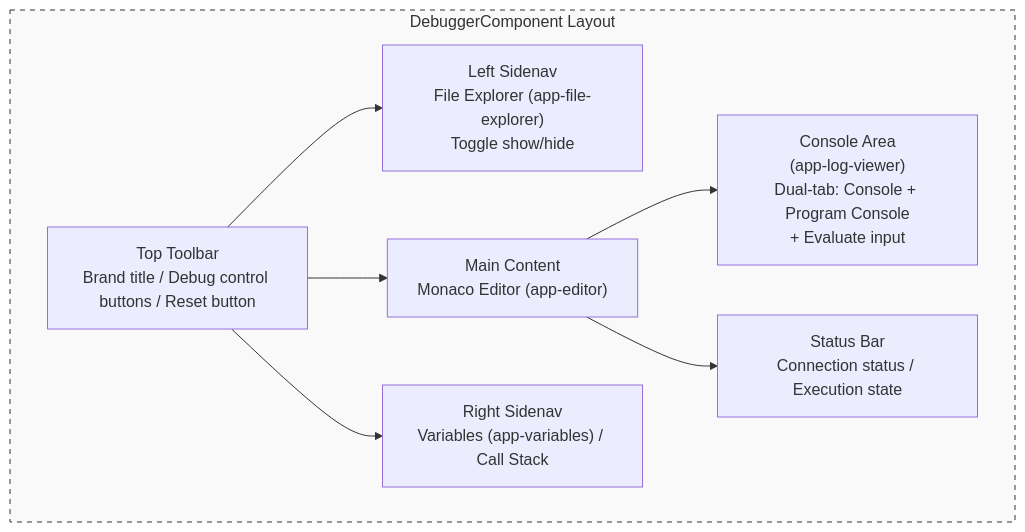
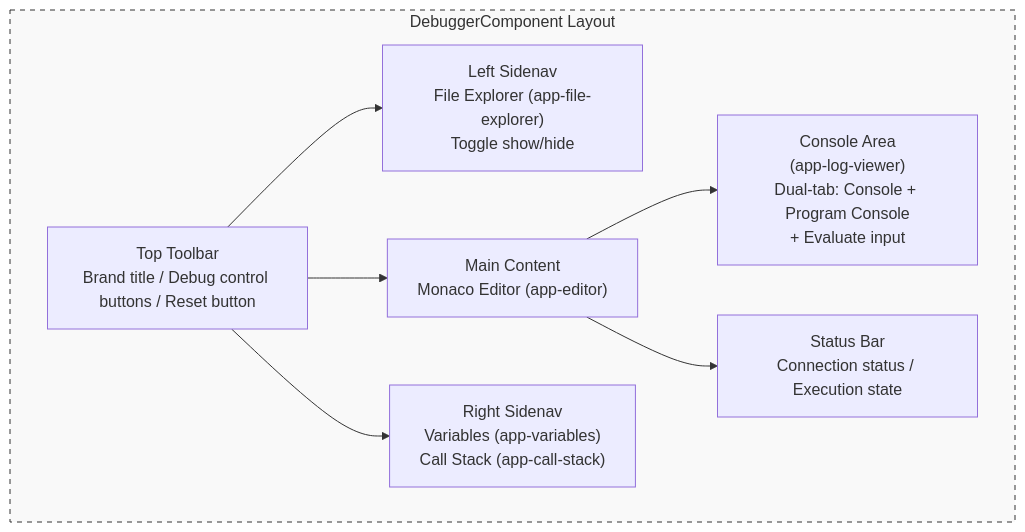
Before and after one commit to tangpo387-arch/taro-debugger: the diagram in docs/architecture/ui-layer.md, drawn with Mermaid. The commit also changed 8 other files, not shown here.

Commit message:
refactor: extract call stack UI into a dedicated CallStackComponent and add DapStackFrame type definition

````diff
--- a/docs/architecture/ui-layer.md
+++ b/docs/architecture/ui-layer.md
@@ -37,19 +37,19 @@
 ```mermaid
 graph TD
     subgraph Layout ["DebuggerComponent Layout"]
         TB["Top Toolbar<br/>Brand title / Debug control buttons / Reset button"]
         LS["Left Sidenav<br/>File Explorer (app-file-explorer)<br/>Toggle show/hide"]
         MC["Main Content<br/>Monaco Editor (app-editor)"]
-        RS["Right Sidenav<br/>Variables (app-variables) / Call Stack"]
+        RS["Right Sidenav<br/>Variables (app-variables)<br/>Call Stack (app-call-stack)"]
         LV["Console Area<br/>(app-log-viewer)<br/>Dual-tab: Console + Program Console<br/>+ Evaluate input"]
         SB["Status Bar<br/>Connection status / Execution state"]
     end
 
     TB --> LS
     TB --> MC
     TB --> RS
     MC --> LV
     MC --> SB
 
     style Layout fill:#f9f9f9,stroke:#333,stroke-dasharray: 5 5
 ```
````
